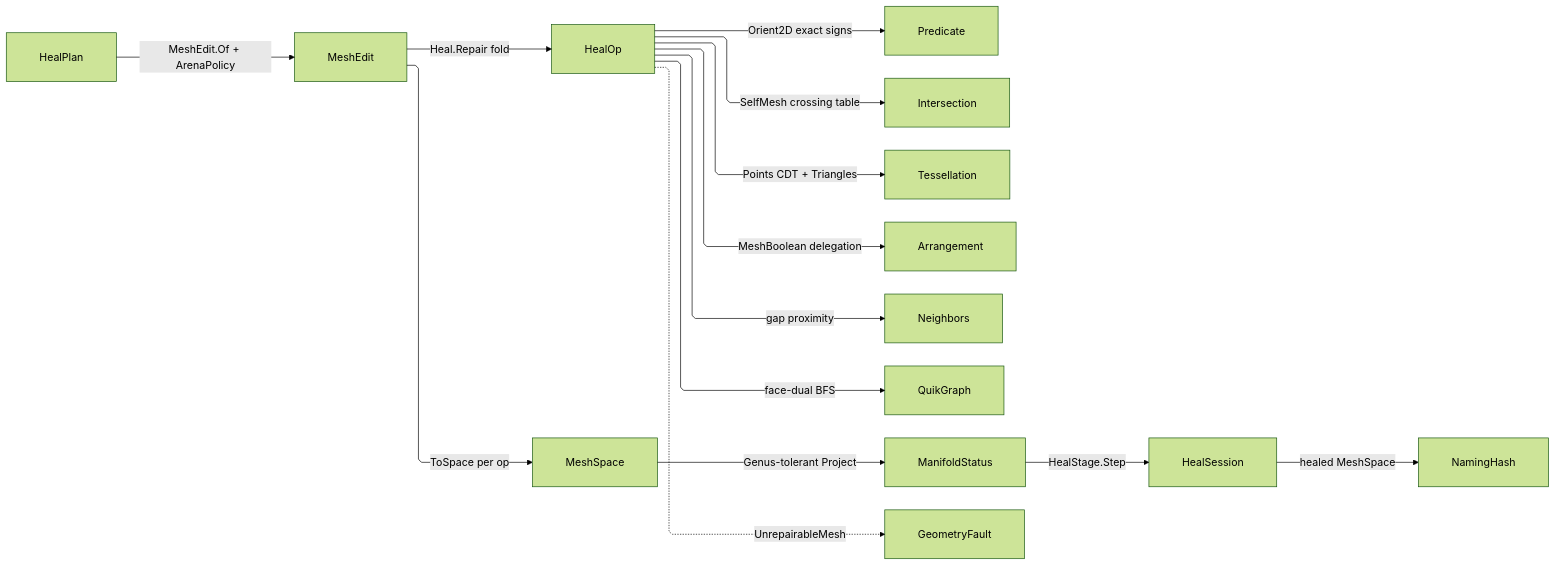
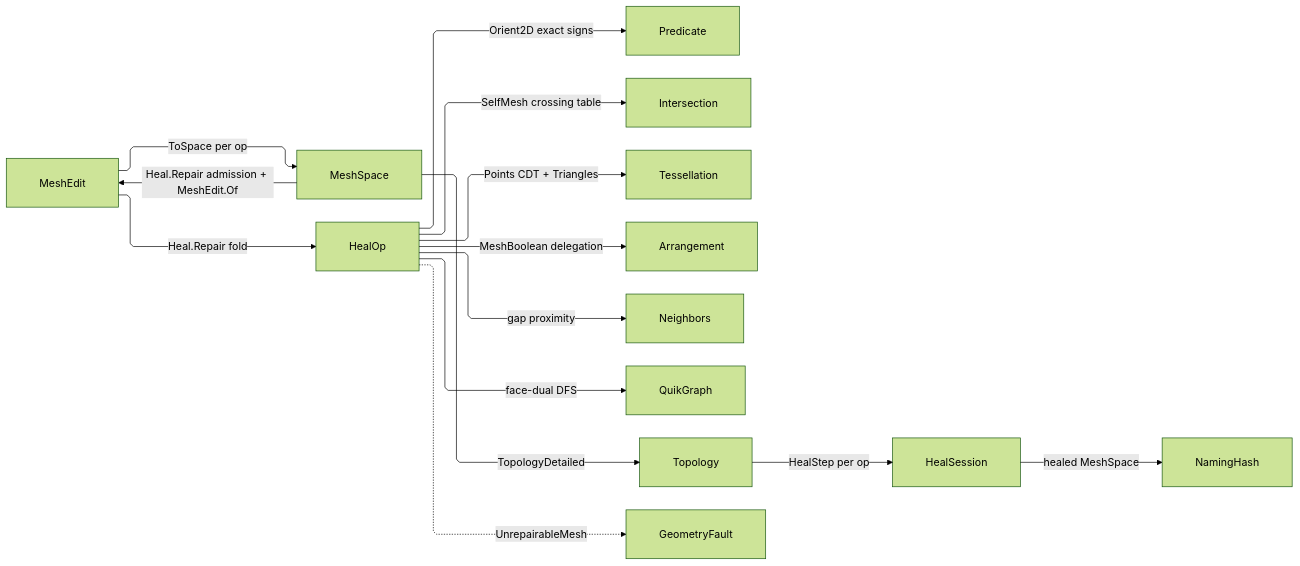
One commit to bsamiee/Rasm changed the diagram in libs/dotnet/Rasm/.planning/Processing/repair.md. Above: the diagram before and after it, drawn with Mermaid (forest theme). The commit also changed other lines of this file and 68 other files, not shown here.

````diff
--- a/libs/dotnet/Rasm/.planning/Processing/repair.md
+++ b/libs/dotnet/Rasm/.planning/Processing/repair.md
@@ -480,25 +399,25 @@
 ```mermaid
 ---
 config:
   layout: elk
   flowchart:
     curve: linear
     padding: 25
 ---
 flowchart LR
     accTitle: Mesh heal operation fold
-    accDescr: A heal plan entering the mesh-edit arena where each repair operation draws on exact predicates, intersection, tessellation, boolean arrangement, proximity, and face-dual traversal, the frozen space projecting manifold status into a heal step and the healed space into naming identity, with the unrepairable arm leaving as a geometry fault.
-    HealPlan -->|MeshEdit.Of + ArenaPolicy| MeshEdit
+    accDescr: A mesh entering the mesh-edit arena past admission where each repair operation draws on exact predicates, intersection, tessellation, boolean arrangement, proximity, and face-dual traversal, the frozen space reading its topology witness into a heal step and the healed space into naming identity, with the unrepairable arm leaving as a geometry fault.
+    MeshSpace -->|Heal.Repair admission + MeshEdit.Of| MeshEdit
     MeshEdit -->|Heal.Repair fold| HealOp
     HealOp -->|Orient2D exact signs| Predicate
     HealOp -->|SelfMesh crossing table| Intersection
     HealOp -->|Points CDT + Triangles| Tessellation
     HealOp -->|MeshBoolean delegation| Arrangement
     HealOp -->|gap proximity| Neighbors
-    HealOp -->|face-dual BFS| QuikGraph
+    HealOp -->|face-dual DFS| QuikGraph
     MeshEdit -->|ToSpace per op| MeshSpace
-    MeshSpace -->|Genus-tolerant Project| ManifoldStatus
-    ManifoldStatus -->|HealStage.Step| HealSession
+    MeshSpace -->|TopologyDetailed| Topology
+    Topology -->|HealStep per op| HealSession
     HealSession -->|healed MeshSpace| NamingHash
     HealOp -.->|UnrepairableMesh| GeometryFault
 ```
````
